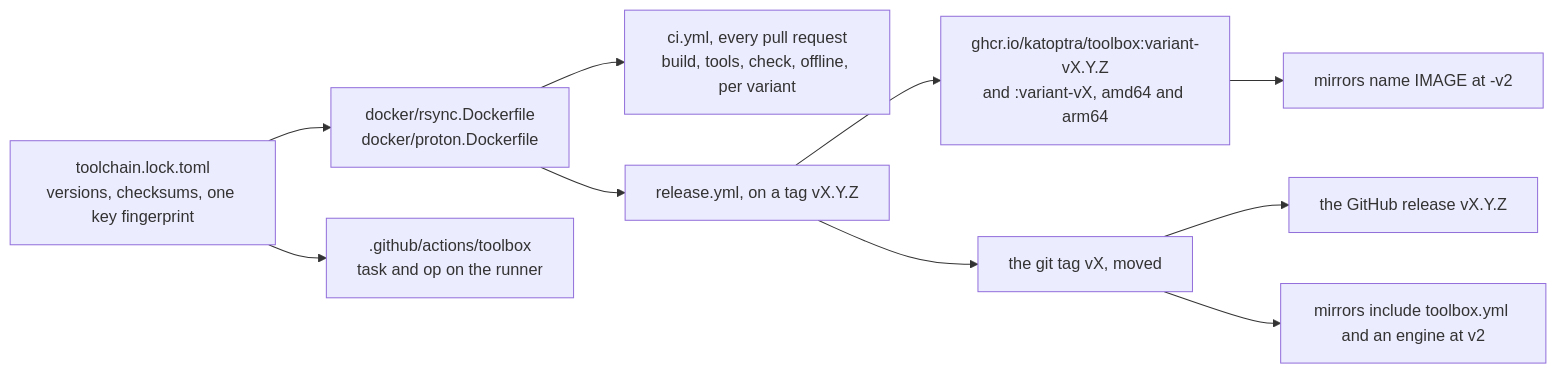
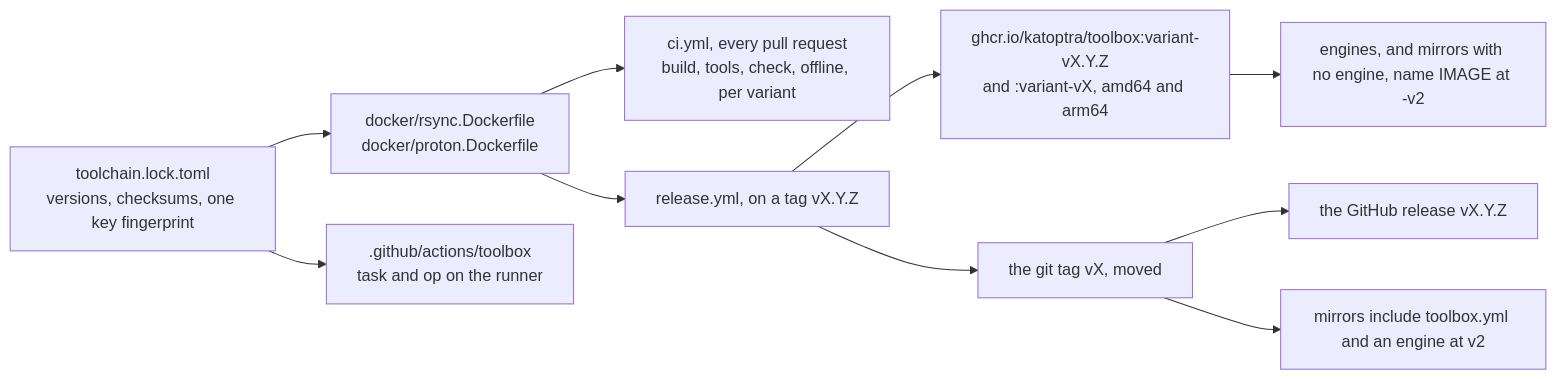
Before and after one commit to katoptra/lib: diagram 11 of 12 in README.md, drawn with Mermaid. The commit also changed other lines of this file and 14 other files, not shown here.

First line of the commit message:
feat(engines): engine and image changes for v2.6.0 (#20)

````diff
--- a/README.md
+++ b/README.md
@@ -698,12 +701,12 @@
 ```mermaid
 flowchart LR
   lock["toolchain.lock.toml<br/>versions, checksums, one key fingerprint"] --> df["docker/rsync.Dockerfile<br/>docker/proton.Dockerfile"]
   lock --> act[".github/actions/toolbox<br/>task and op on the runner"]
   df --> ci["ci.yml, every pull request<br/>build, tools, check, offline, per variant"]
   df --> rel["release.yml, on a tag vX.Y.Z"]
   rel --> ghcr["ghcr.io/katoptra/toolbox:variant-vX.Y.Z<br/>and :variant-vX, amd64 and arm64"]
   rel --> tag["the git tag vX, moved"]
   tag --> gr["the GitHub release vX.Y.Z"]
   tag --> inc["mirrors include toolbox.yml and an engine at v2"]
-  ghcr --> img["mirrors name IMAGE at -v2"]
+  ghcr --> img["engines, and mirrors with no engine, name IMAGE at -v2"]
 ```
````
